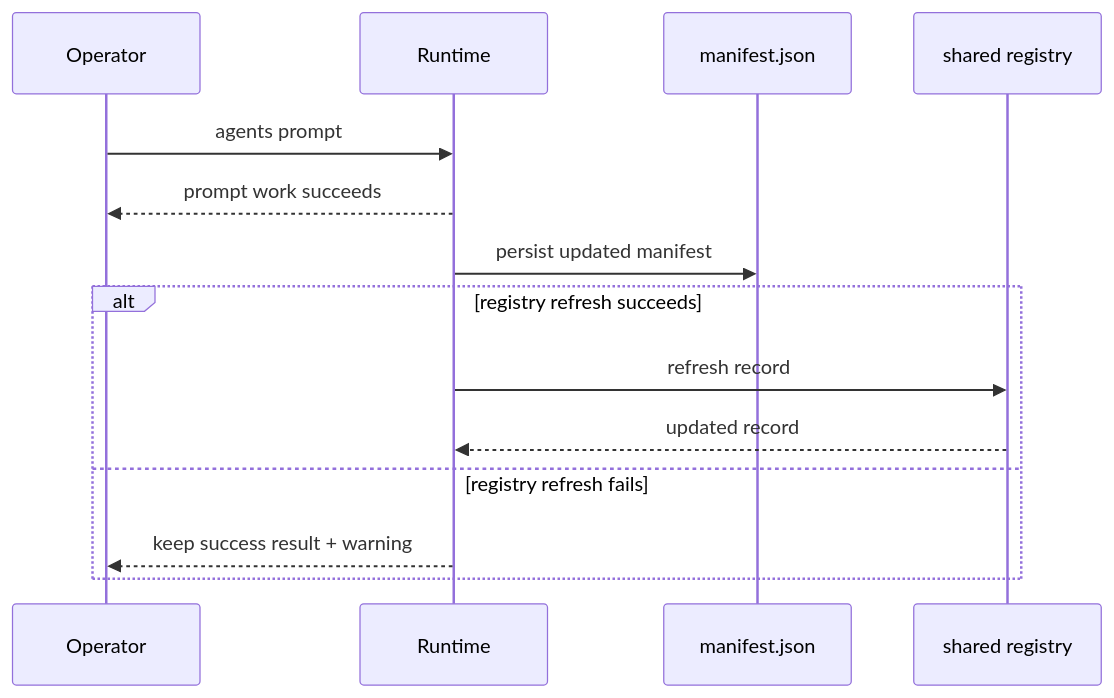
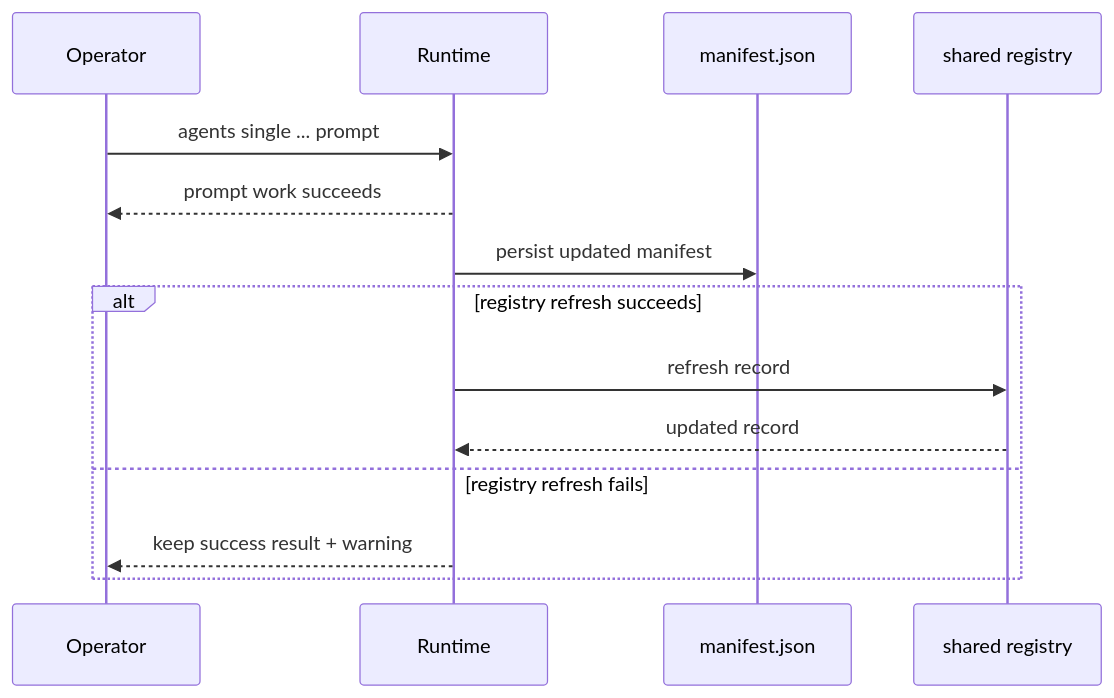
The second of 2 diagrams in docs/reference/registry/internals/runtime-integration.md (igamenovoer/houmao), drawn with Mermaid before and after one commit. The commit also changed other lines of this file and 151 other files, not shown here.

````diff
--- a/docs/reference/registry/internals/runtime-integration.md
+++ b/docs/reference/registry/internals/runtime-integration.md
@@ -112,16 +112,16 @@
 ```mermaid
 sequenceDiagram
     participant Op as Operator
     participant RT as Runtime
     participant MF as manifest.json
     participant RG as shared registry
-    Op->>RT: agents prompt
+    Op->>RT: agents single ... prompt
     RT-->>Op: prompt work succeeds
     RT->>MF: persist updated manifest
     alt registry refresh succeeds
         RT->>RG: refresh record
         RG-->>RT: updated record
     else registry refresh fails
         RT-->>Op: keep success result + warning
     end
 ```
````
